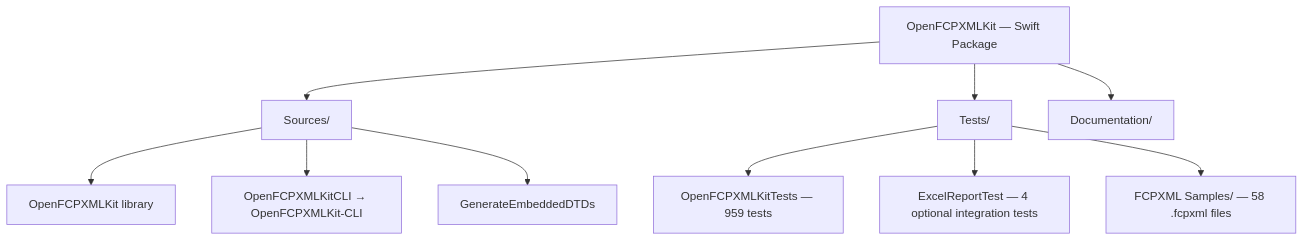
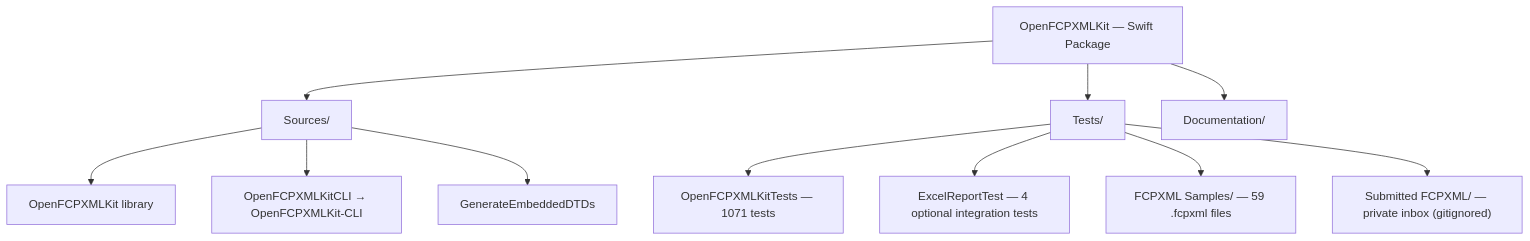
Before and after one commit to TheAcharya/OpenFCPXMLKit: the first of 4 diagrams in ARCHITECTURE.md, drawn with Mermaid. The commit also changed other lines of this file and 131 other files, not shown here.

First line of the commit message:
Add timeline Projection and wire reports to it.

````diff
--- a/ARCHITECTURE.md
+++ b/ARCHITECTURE.md
@@ -155,16 +164,17 @@
 ```mermaid
 flowchart TB
     Pkg["OpenFCPXMLKit — Swift Package"]
 
     Pkg --> SRC["Sources/"]
     Pkg --> TST["Tests/"]
     Pkg --> DOC["Documentation/"]
 
     SRC --> LIB["OpenFCPXMLKit library"]
     SRC --> CLI["OpenFCPXMLKitCLI → OpenFCPXMLKit-CLI"]
     SRC --> GEN["GenerateEmbeddedDTDs"]
 
-    TST --> OKT["OpenFCPXMLKitTests — 959 tests"]
+    TST --> OKT["OpenFCPXMLKitTests — 1071 tests"]
     TST --> ERT["ExcelReportTest — 4 optional integration tests"]
-    TST --> SMP["FCPXML Samples/ — 58 .fcpxml files"]
+    TST --> SMP["FCPXML Samples/ — 59 .fcpxml files"]
+    TST --> SUB["Submitted FCPXML/ — private inbox (gitignored)"]
 ```
````
